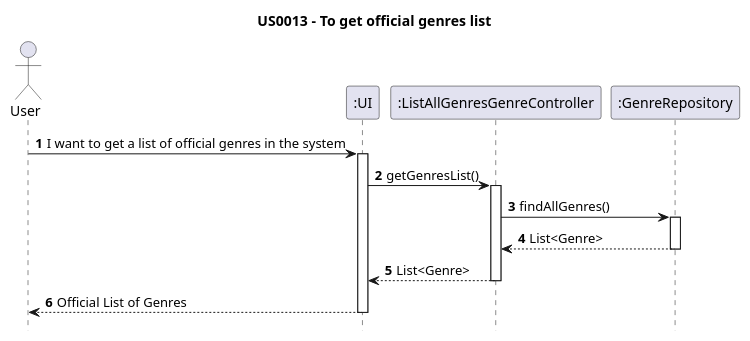
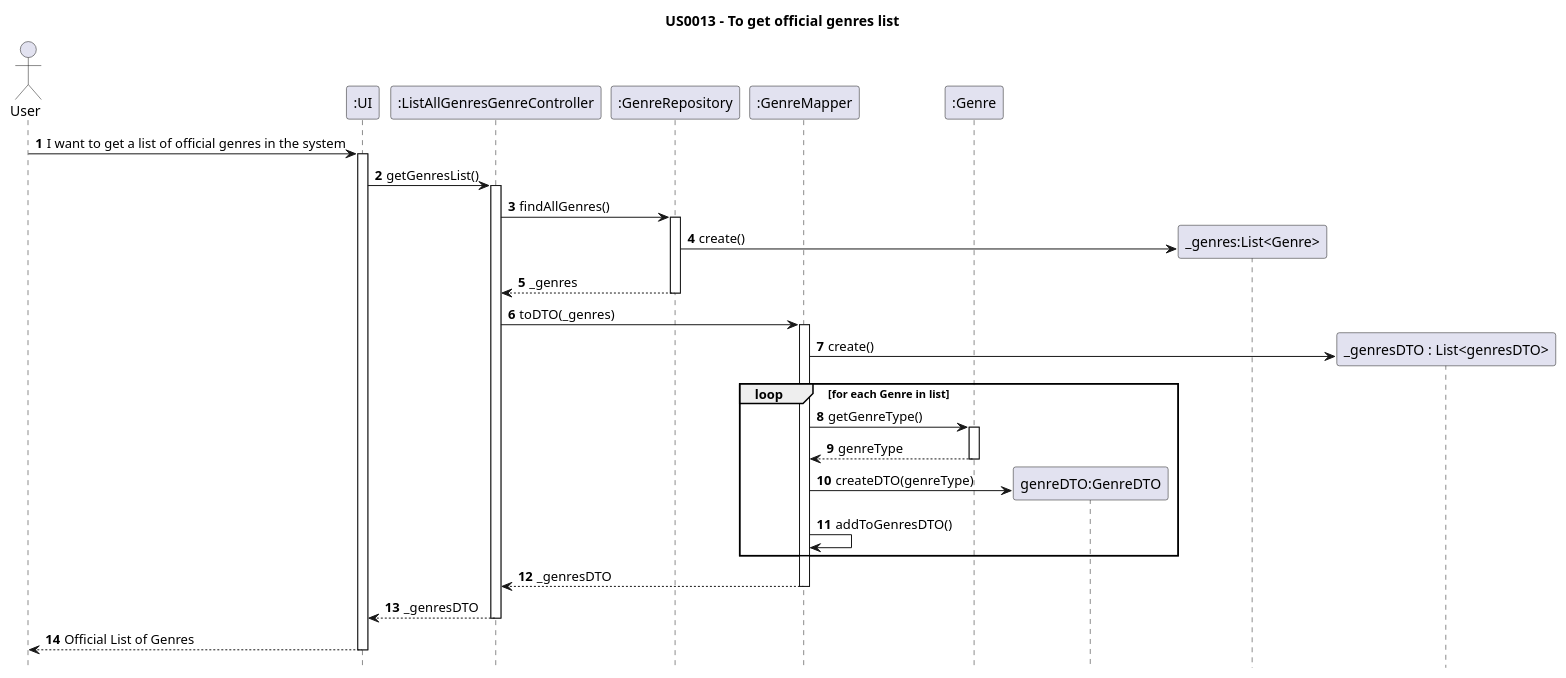
The diagram in Diagrams/SequenceDiagrams/N2/US013-to-get-official-genres-list.puml (AndrePereiraGitH/SWitCH-Project-Team_A), drawn with PlantUML before and after one commit. The commit also changed 1 other file, not shown here.

```diff
--- a/Diagrams/SequenceDiagrams/N2/US013-to-get-official-genres-list.puml
+++ b/Diagrams/SequenceDiagrams/N2/US013-to-get-official-genres-list.puml
@@ -1,30 +1,58 @@
 @startuml
 autonumber
 
 hide footbox
 title US0013 - To get official genres list
 
 actor User
 participant ":UI" as UI
 
 participant ":ListAllGenresGenreController" as AddGenreCtrl
 
 participant ":GenreRepository" as GenreRepository
 
+participant ":GenreMapper" as mapper
+
+participant ":Genre" as genre
+
+participant "genreDTO:GenreDTO" as DTO
+
 User -> UI : I want to get a list of official genres in the system
 activate UI
 UI -> AddGenreCtrl : getGenresList()
 activate AddGenreCtrl
 
 AddGenreCtrl -> GenreRepository : findAllGenres()
 activate GenreRepository
 
-GenreRepository --> AddGenreCtrl : List<Genre>
+create "_genres:List<Genre>" as listGenres
+GenreRepository -> listGenres : create()
+
+GenreRepository --> AddGenreCtrl : _genres
+
 deactivate GenreRepository
+AddGenreCtrl -> mapper : toDTO(_genres)
+activate mapper
 
-AddGenreCtrl --> UI : List<Genre>
+create "_genresDTO : List<genresDTO>" as genDTO
+mapper -> genDTO :create()
+
+loop for each Genre in list
+        mapper -> genre : getGenreType()
+        activate genre
+        genre --> mapper : genreType
+        deactivate genre
+        mapper -> DTO ** : createDTO(genreType)
+        mapper -> mapper : addToGenresDTO()
+
+    end
+
+mapper --> AddGenreCtrl : _genresDTO
+deactivate mapper
+
+AddGenreCtrl --> UI : _genresDTO
 deactivate AddGenreCtrl
 
 UI --> User : Official List of Genres
 deactivate UI
 @enduml
```
